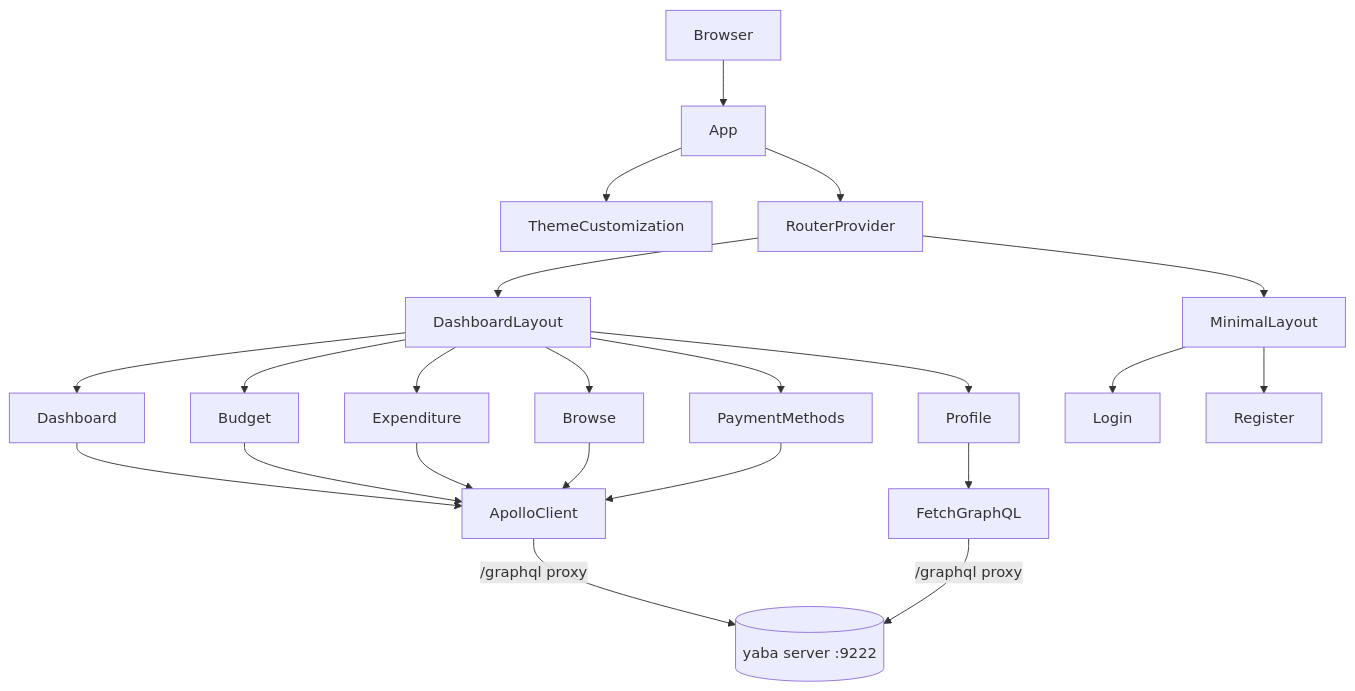
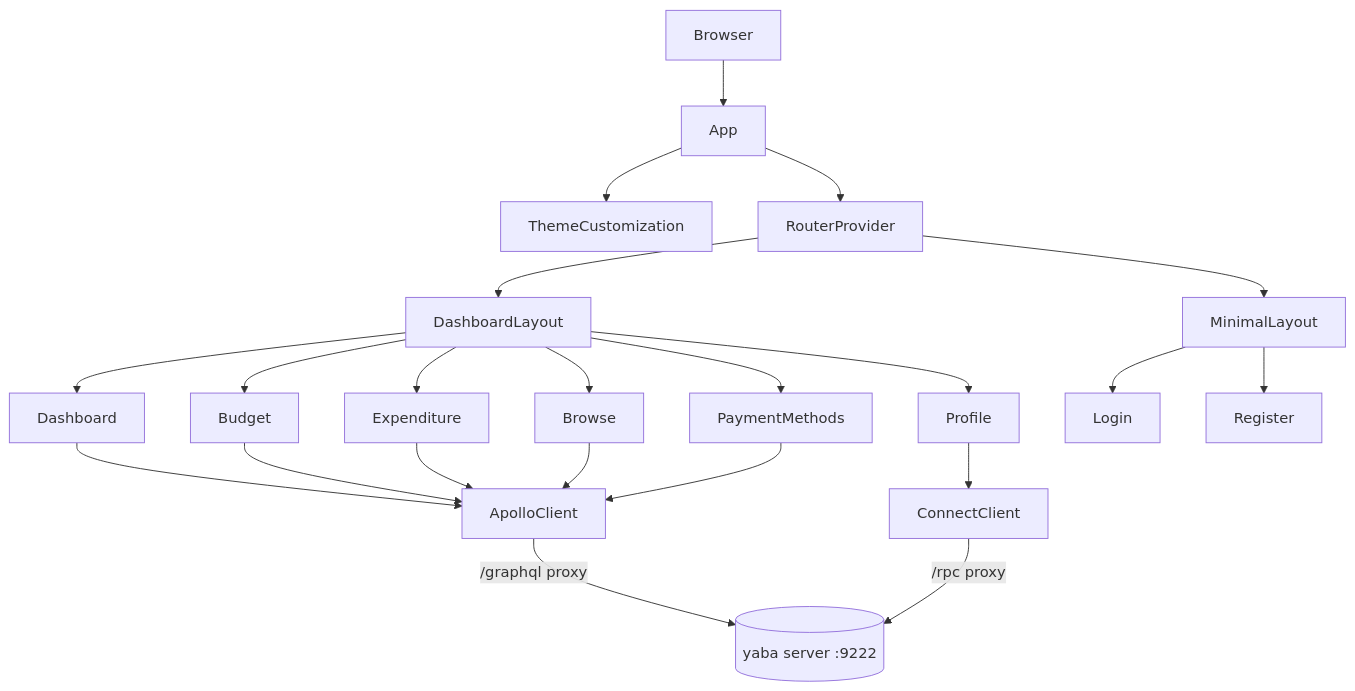
Before and after one commit to wenbenz/yaba: the first of 2 diagrams in ui/docs/CODEBASE.md, drawn with Mermaid. The commit also changed other lines of this file and 16 other files, not shown here.

First line of the commit message:
feat: add UserService (Connect RPC)

````diff
--- a/ui/docs/CODEBASE.md
+++ b/ui/docs/CODEBASE.md
@@ -9,29 +9,29 @@
 ```mermaid
 graph TD
     Browser --> App
     App --> ThemeCustomization
     App --> RouterProvider
 
     RouterProvider --> DashboardLayout
     RouterProvider --> MinimalLayout
 
     DashboardLayout --> Dashboard
     DashboardLayout --> Budget
     DashboardLayout --> Expenditure
     DashboardLayout --> Browse
     DashboardLayout --> PaymentMethods
     DashboardLayout --> Profile
 
     MinimalLayout --> Login
     MinimalLayout --> Register
 
     Dashboard --> ApolloClient
     Budget --> ApolloClient
     Expenditure --> ApolloClient
     Browse --> ApolloClient
     PaymentMethods --> ApolloClient
-    Profile --> FetchGraphQL
+    Profile --> ConnectClient
 
     ApolloClient -->|/graphql proxy| YabaServer[(yaba server :9222)]
-    FetchGraphQL -->|/graphql proxy| YabaServer
+    ConnectClient -->|/rpc proxy| YabaServer
 ```
````
